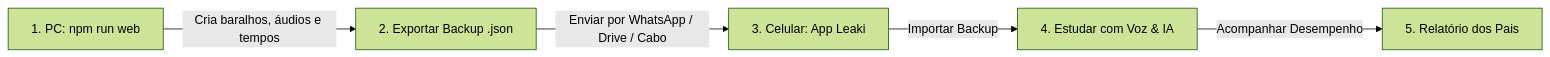
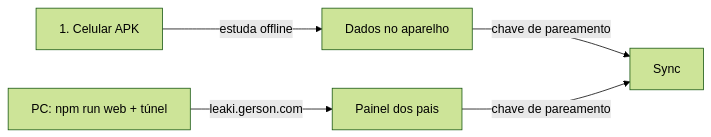
The diagram in passo-a-passo.md (gersonkraus/leaki), drawn with Mermaid (forest theme) before and after one commit. The commit also changed other lines of this file and 14 other files, not shown here.

First line of the commit message:
feat: sincronizar APK e site com chave, sem interromper o estudo

````diff
--- a/passo-a-passo.md
+++ b/passo-a-passo.md
@@ -9,7 +9,7 @@
 ```mermaid
 graph LR
-    A[1. PC: npm run web] -->|Cria baralhos, áudios e tempos| B[2. Exportar Backup .json]
-    B -->|Enviar por WhatsApp / Drive / Cabo| C[3. Celular: App Leaki]
-    C -->|Importar Backup| D[4. Estudar com Voz & IA]
-    D -->|Acompanhar Desempenho| E[5. Relatório dos Pais]
+    A[1. Celular APK] -->|estuda offline| B[Dados no aparelho]
+    C[PC: npm run web + túnel] -->|leaki.gerson.com| D[Painel dos pais]
+    B -->|chave de pareamento| E[Sync]
+    D -->|chave de pareamento| E
 ```
````
